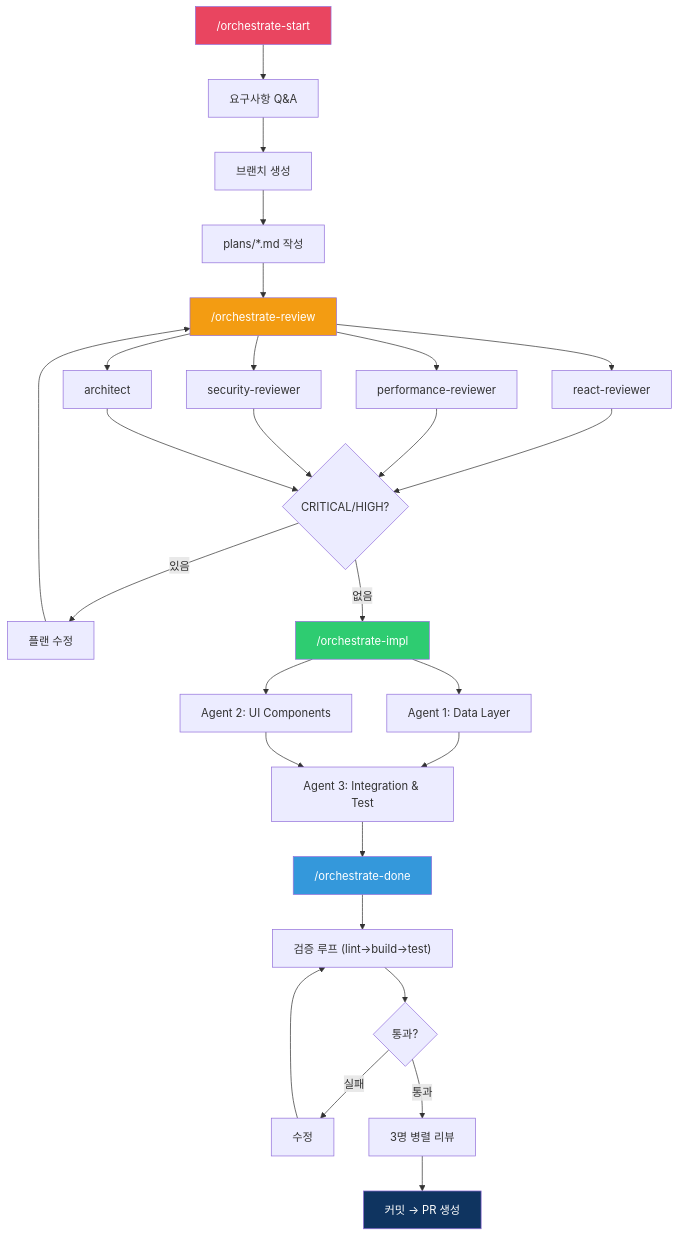
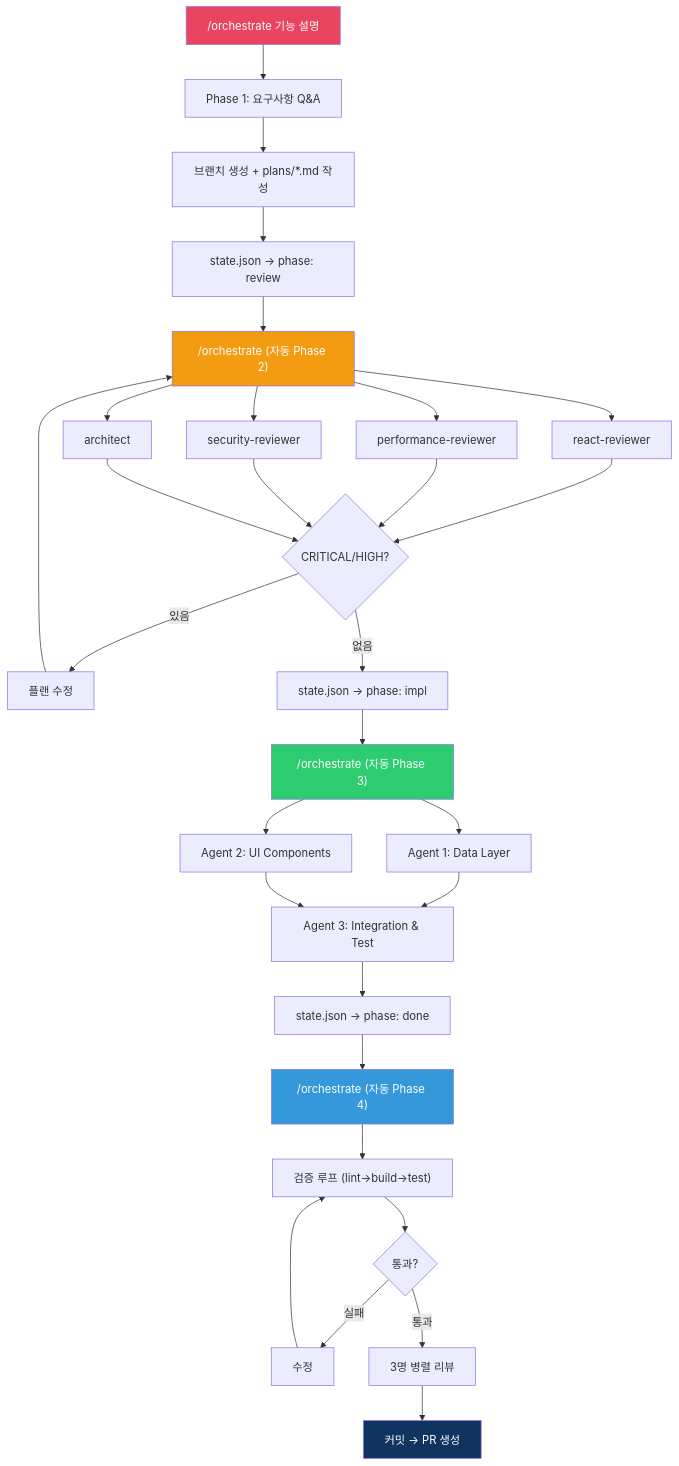
Before and after one commit to wooinwoo/claude-code: the fifth of 8 diagrams in docs/react-next-guide.md, drawn with Mermaid. The commit also changed other lines of this file and 47 other files, not shown here.

````diff
--- a/docs/react-next-guide.md
+++ b/docs/react-next-guide.md
@@ -251,33 +132,35 @@
 ```mermaid
 flowchart TD
-    A["/orchestrate-start"] --> B["요구사항 Q&A"]
-    B --> C["브랜치 생성"]
-    C --> D["plans/*.md 작성"]
-    D --> E["/orchestrate-review"]
+    A["/orchestrate 기능 설명"] --> B["Phase 1: 요구사항 Q&A"]
+    B --> C["브랜치 생성 + plans/*.md 작성"]
+    C --> D["state.json → phase: review"]
 
+    D --> E["/orchestrate (자동 Phase 2)"]
     E --> F1["react-reviewer"]
     E --> F2["performance-reviewer"]
     E --> F3["security-reviewer"]
     E --> F4["architect"]
 
     F1 & F2 & F3 & F4 --> G{"CRITICAL/HIGH?"}
     G -->|있음| H["플랜 수정"] --> E
-    G -->|없음| I["/orchestrate-impl"]
+    G -->|없음| I["state.json → phase: impl"]
 
-    I --> J1["Agent 1: Data Layer"]
-    I --> J2["Agent 2: UI Components"]
+    I --> J["/orchestrate (자동 Phase 3)"]
+    J --> J1["Agent 1: Data Layer"]
+    J --> J2["Agent 2: UI Components"]
     J1 & J2 --> K["Agent 3: Integration & Test"]
 
-    K --> L["/orchestrate-done"]
-    L --> M["검증 루프 (lint→build→test)"]
-    M --> N{"통과?"}
-    N -->|실패| O["수정"] --> M
-    N -->|통과| P["3명 병렬 리뷰"]
-    P --> Q["커밋 → PR 생성"]
+    K --> L["state.json → phase: done"]
+    L --> M["/orchestrate (자동 Phase 4)"]
+    M --> N["검증 루프 (lint→build→test)"]
+    N --> O{"통과?"}
+    O -->|실패| P["수정"] --> N
+    O -->|통과| Q["3명 병렬 리뷰"]
+    Q --> R["커밋 → PR 생성"]
 
     style A fill:#e94560,color:#fff
     style E fill:#f39c12,color:#fff
-    style I fill:#2ecc71,color:#fff
-    style L fill:#3498db,color:#fff
-    style Q fill:#0f3460,color:#fff
+    style J fill:#2ecc71,color:#fff
+    style M fill:#3498db,color:#fff
+    style R fill:#0f3460,color:#fff
 ```
````
